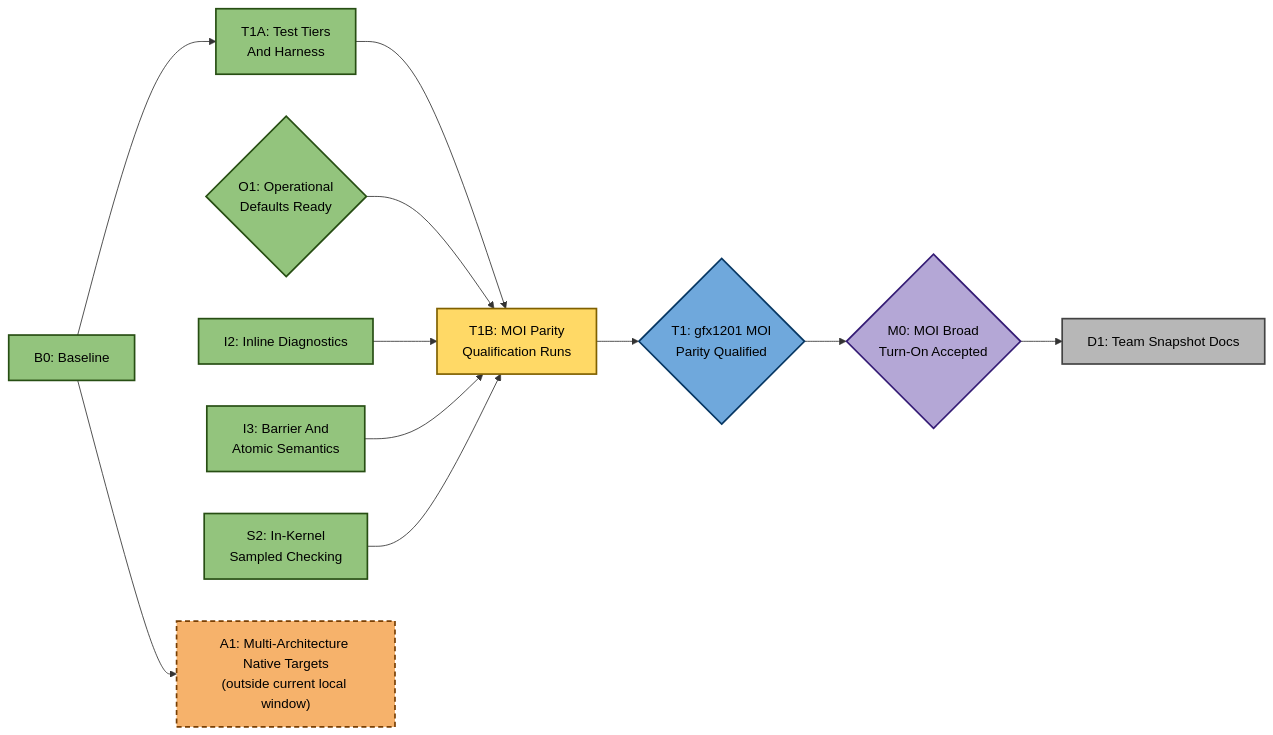
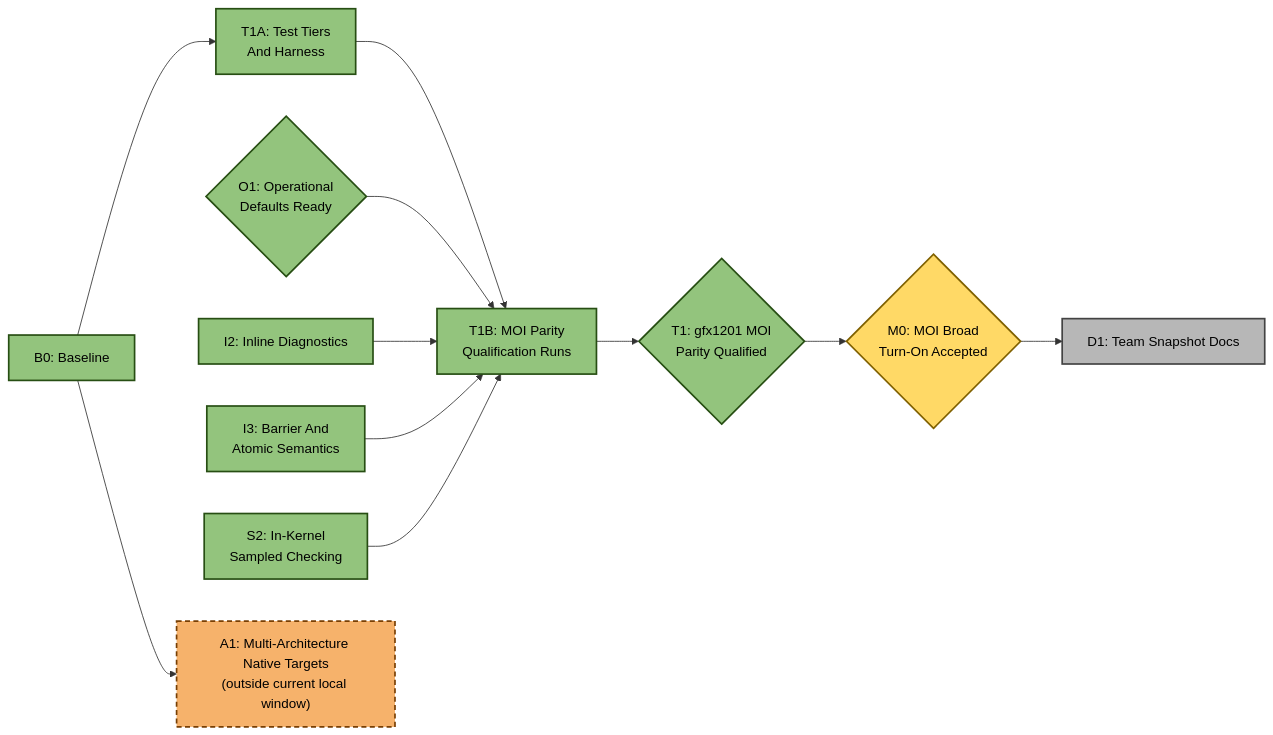
The third of 4 diagrams in emulation/rocjitsu/docs/consan/PLAN.md (ROCm/rocm-systems), drawn with Mermaid before and after one commit. The commit also changed other lines of this file and 1 other file, not shown here.

Commit message:
Qualify gfx1201 ConSan profile parity

````diff
--- a/emulation/rocjitsu/docs/consan/PLAN.md
+++ b/emulation/rocjitsu/docs/consan/PLAN.md
@@ -179,33 +179,33 @@
 ```mermaid
 flowchart LR
   B0["B0: Baseline"]:::done
   O1{"O1: Operational<br/>Defaults Ready"}:::done
   I2["I2: Inline Diagnostics"]:::done
   I3["I3: Barrier And<br/>Atomic Semantics"]:::done
   S2["S2: In-Kernel<br/>Sampled Checking"]:::done
   T1A["T1A: Test Tiers<br/>And Harness"]:::done
-  T1B["T1B: MOI Parity<br/>Qualification Runs"]:::active
-  T1{"T1: gfx1201 MOI<br/>Parity Qualified"}:::partial
-  M0{"M0: MOI Broad<br/>Turn-On Accepted"}:::target
+  T1B["T1B: MOI Parity<br/>Qualification Runs"]:::done
+  T1{"T1: gfx1201 MOI<br/>Parity Qualified"}:::done
+  M0{"M0: MOI Broad<br/>Turn-On Accepted"}:::active
   D1["D1: Team Snapshot Docs"]:::todo
   A1["A1: Multi-Architecture Native Targets<br/>(outside current local window)"]:::deferred
 
   B0 --> T1A
   T1A --> T1B
   O1 --> T1B
   I2 --> T1B
   I3 --> T1B
   S2 --> T1B
   T1B --> T1
   T1 --> M0
   M0 --> D1
 
   B0 --> A1
 
   classDef done fill:#93c47d,stroke:#274e13,stroke-width:2px,color:#000;
   classDef active fill:#ffd966,stroke:#7f6000,stroke-width:2px,color:#000;
   classDef target fill:#b4a7d6,stroke:#351c75,stroke-width:2px,color:#000;
   classDef partial fill:#6fa8dc,stroke:#073763,stroke-width:2px,color:#000;
   classDef todo fill:#b7b7b7,stroke:#434343,stroke-width:2px,color:#000;
   classDef deferred fill:#f6b26b,stroke:#783f04,stroke-width:2px,color:#000,stroke-dasharray: 6 4;
 ```
````
